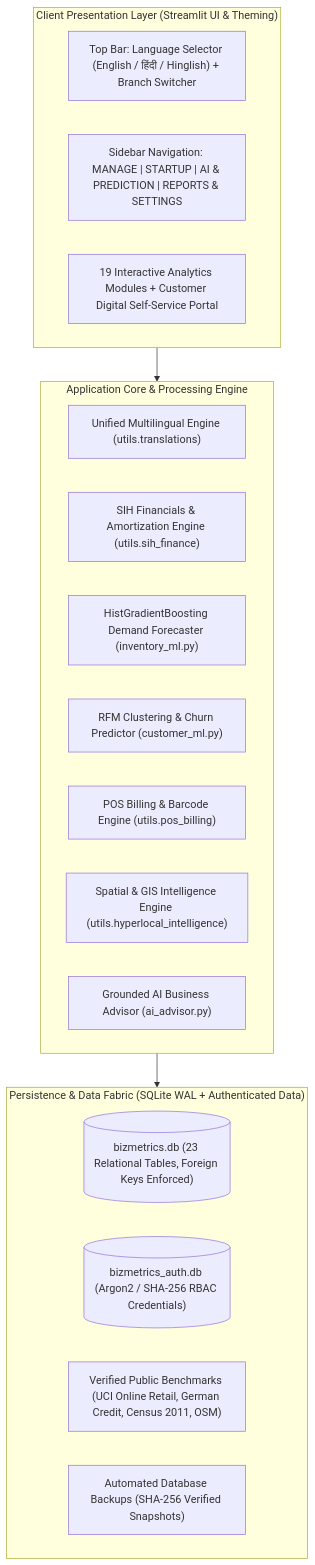
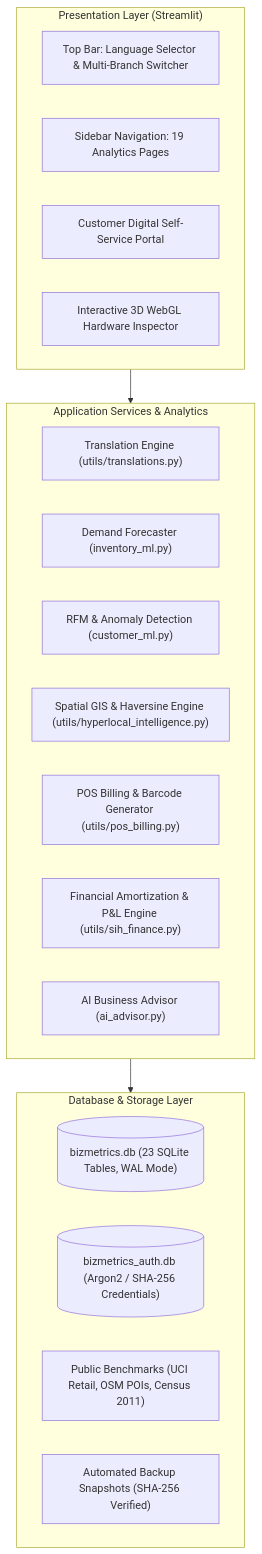
Before and after one commit to shivanshdubey2802/BizMetrics-Smart-Business-Intelligence: the diagram in README.md, drawn with Mermaid. The commit also changed other lines of this file, not shown here.

````diff
--- a/README.md
+++ b/README.md
@@ -13,28 +91,29 @@
 ```mermaid
 flowchart TD
-    subgraph UI ["Client Presentation Layer (Streamlit UI & Theming)"]
-        A["Top Bar: Language Selector (English / हिंदी / Hinglish) + Branch Switcher"]
-        B["Sidebar Navigation: MANAGE | STARTUP | AI & PREDICTION | REPORTS & SETTINGS"]
-        C["19 Interactive Analytics Modules + Customer Digital Self-Service Portal"]
+    subgraph UI ["Presentation Layer (Streamlit)"]
+        A["Top Bar: Language Selector & Multi-Branch Switcher"]
+        B["Sidebar Navigation: 19 Analytics Pages"]
+        C["Customer Digital Self-Service Portal"]
+        D["Interactive 3D WebGL Hardware Inspector"]
     end
 
-    subgraph Core ["Application Core & Processing Engine"]
-        D["Unified Multilingual Engine (utils.translations)"]
-        E["SIH Financials & Amortization Engine (utils.sih_finance)"]
-        F["HistGradientBoosting Demand Forecaster (inventory_ml.py)"]
-        G["RFM Clustering & Churn Predictor (customer_ml.py)"]
-        H["POS Billing & Barcode Engine (utils.pos_billing)"]
-        I["Spatial & GIS Intelligence Engine (utils.hyperlocal_intelligence)"]
-        J["Grounded AI Business Advisor (ai_advisor.py)"]
+    subgraph Core ["Application Services & Analytics"]
+        E["Translation Engine (utils/translations.py)"]
+        F["Demand Forecaster (inventory_ml.py)"]
+        G["RFM & Anomaly Detection (customer_ml.py)"]
+        H["Spatial GIS & Haversine Engine (utils/hyperlocal_intelligence.py)"]
+        I["POS Billing & Barcode Generator (utils/pos_billing.py)"]
+        J["Financial Amortization & P&L Engine (utils/sih_finance.py)"]
+        K["AI Business Advisor (ai_advisor.py)"]
     end
 
-    subgraph Data ["Persistence & Data Fabric (SQLite WAL + Authenticated Data)"]
-        K[("bizmetrics.db (23 Relational Tables, Foreign Keys Enforced)")]
-        L[("bizmetrics_auth.db (Argon2 / SHA-256 RBAC Credentials)")]
-        M["Verified Public Benchmarks (UCI Online Retail, German Credit, Census 2011, OSM)"]
-        N["Automated Database Backups (SHA-256 Verified Snapshots)"]
+    subgraph Data ["Database & Storage Layer"]
+        L[("bizmetrics.db (23 SQLite Tables, WAL Mode)")]
+        M[("bizmetrics_auth.db (Argon2 / SHA-256 Credentials)")]
+        N["Public Benchmarks (UCI Retail, OSM POIs, Census 2011)"]
+        O["Automated Backup Snapshots (SHA-256 Verified)"]
     end
 
     UI --> Core
     Core --> Data
 ```
````
